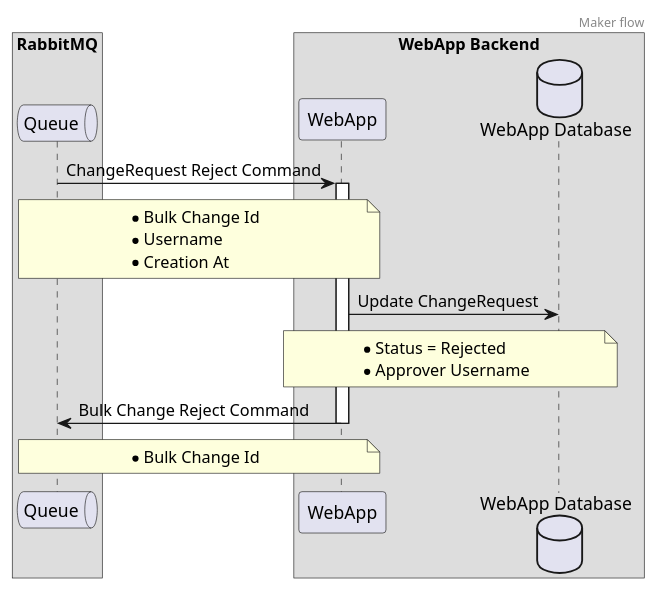
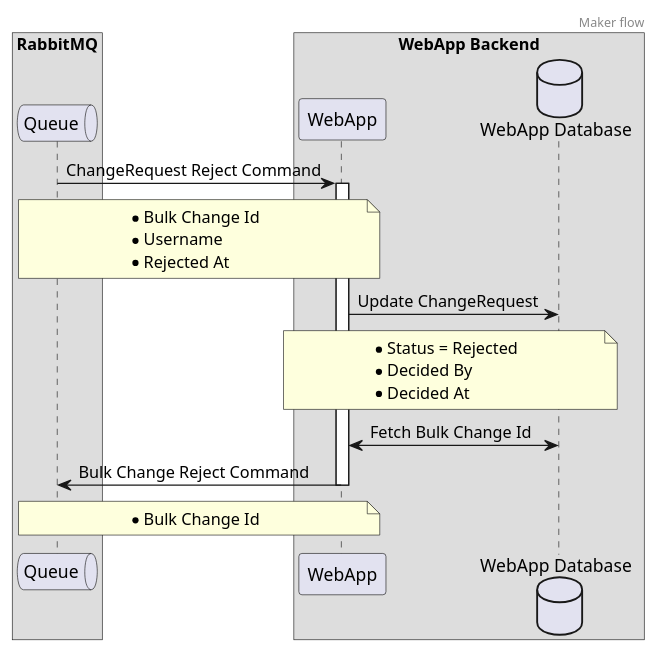
The diagram in modules/webapp/sens-webapp-documentation/src/docs/asciidoc/adrs/diagrams/handling-reject-message.puml (ngraczykowski/iris-root), drawn with PlantUML before and after one commit. The commit also changed 4 other files, not shown here.

```diff
--- a/modules/webapp/sens-webapp-documentation/src/docs/asciidoc/adrs/diagrams/handling-reject-message.puml
+++ b/modules/webapp/sens-webapp-documentation/src/docs/asciidoc/adrs/diagrams/handling-reject-message.puml
@@ -1,38 +1,41 @@
 @startuml
 header Maker flow
 
 box "WebApp Backend"
     participant Backend as "WebApp" order 20
     database WebAppDB as "WebApp Database" order 30
 end box
 
 box "RabbitMQ"
     queue Queue order 10
 end box
 
 Queue -> Backend : ChangeRequest Reject Command
 
 note over Queue, Backend
     * Bulk Change Id
     * Username
-    * Creation At
+    * Rejected At
 end note
 
 activate Backend
 
 Backend -> WebAppDB : Update ChangeRequest
 
 note over Backend, WebAppDB
     * Status = Rejected
-    * Approver Username
+    * Decided By
+    * Decided At
 end note
+
+Backend <-> WebAppDB : Fetch Bulk Change Id
 
 Backend -> Queue : Bulk Change Reject Command
 note over Queue, Backend
     * Bulk Change Id
 end note
 
 
 deactivate Backend
 
 @enduml
```
